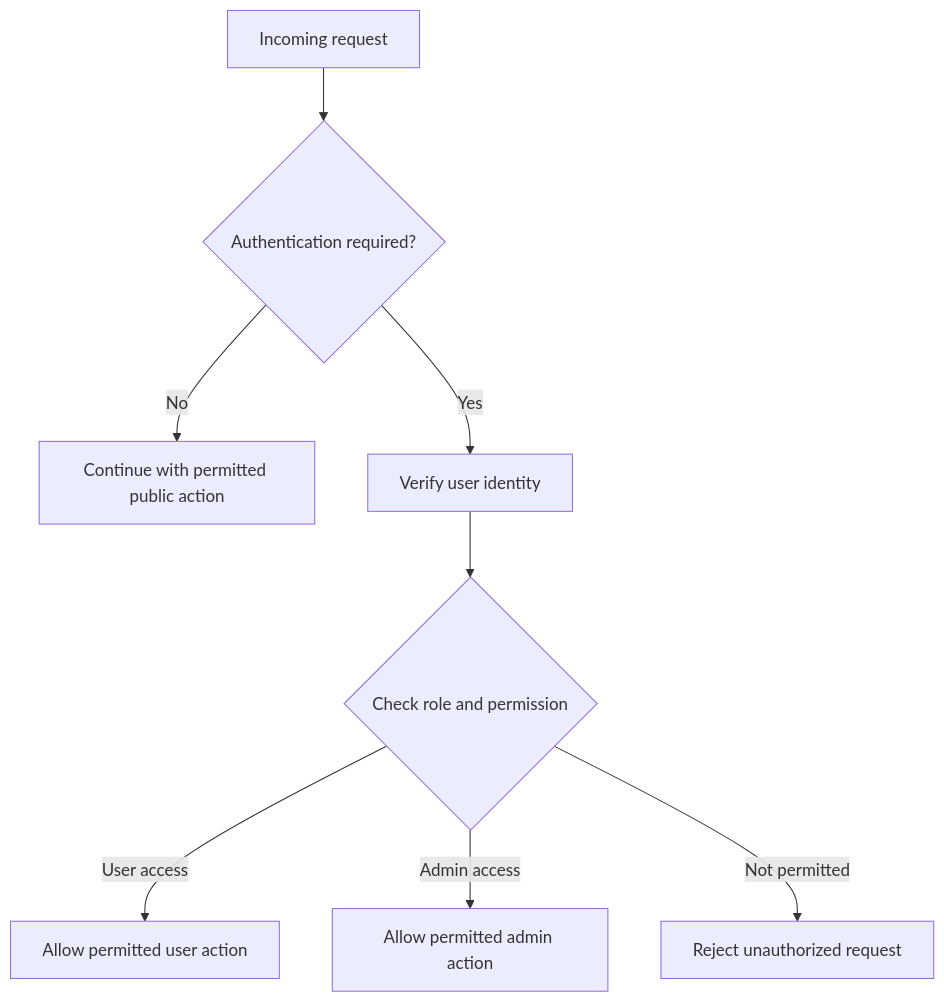
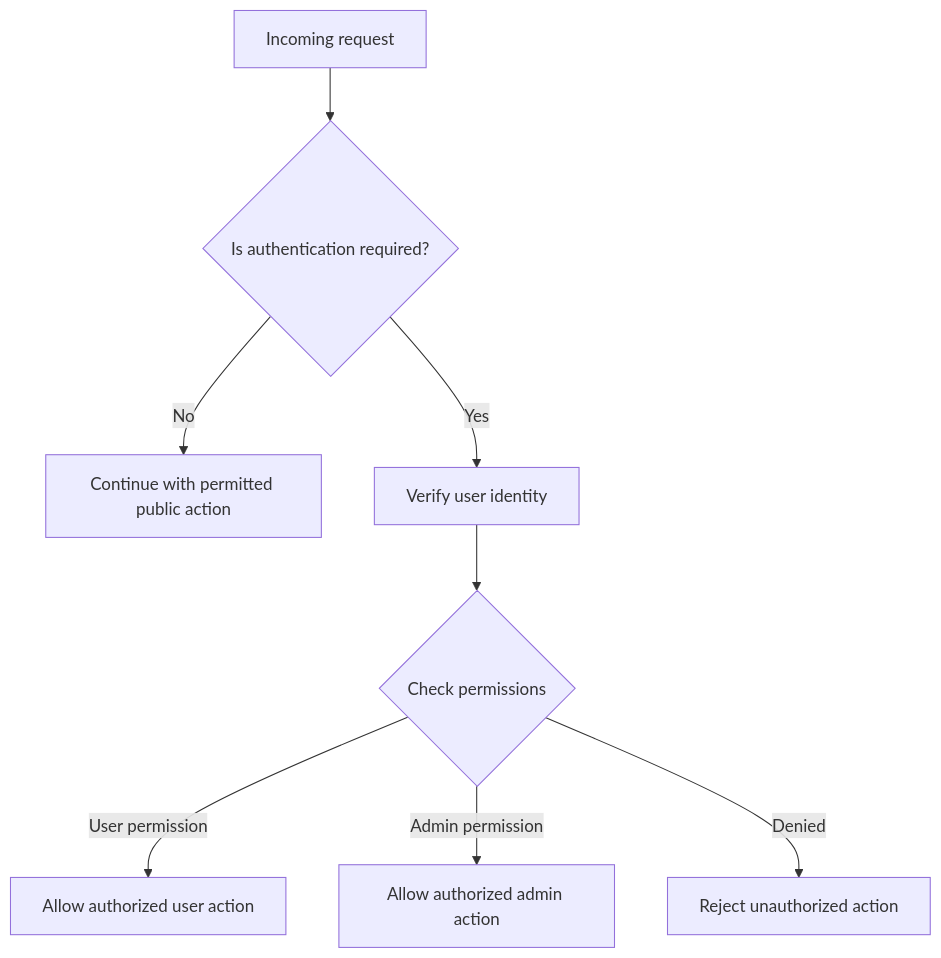
One commit to SurajRawatr07/LinkPulse changed the fifth of 6 diagrams in README.md. Above: the diagram before and after it, drawn with Mermaid. The commit also changed other lines of this file, not shown here.

````diff
--- a/README.md
+++ b/README.md
@@ -485,18 +575,18 @@
 ```mermaid
 flowchart TD
     A["Incoming request"]
-    B{"Authentication required?"}
+    B{"Is authentication required?"}
     C["Continue with permitted public action"]
     D["Verify user identity"]
-    E{"Check role and permission"}
-    F["Allow permitted user action"]
-    G["Allow permitted admin action"]
-    H["Reject unauthorized request"]
+    E{"Check permissions"}
+    F["Allow authorized user action"]
+    G["Allow authorized admin action"]
+    H["Reject unauthorized action"]
 
     A --> B
     B -- No --> C
     B -- Yes --> D --> E
-    E -- User access --> F
-    E -- Admin access --> G
-    E -- Not permitted --> H
+    E -- User permission --> F
+    E -- Admin permission --> G
+    E -- Denied --> H
 ```
````
